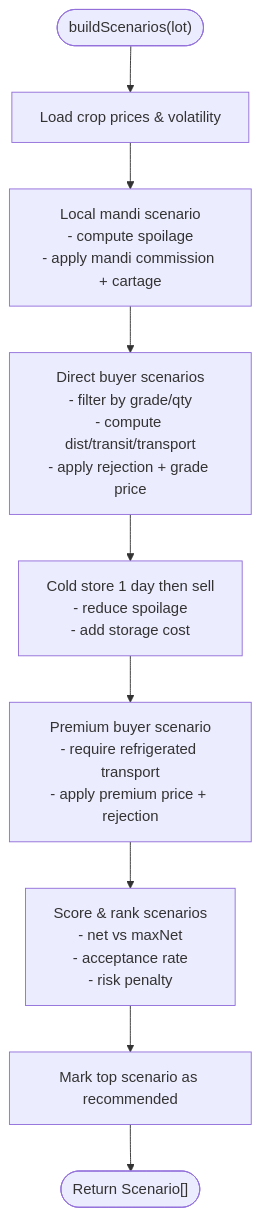
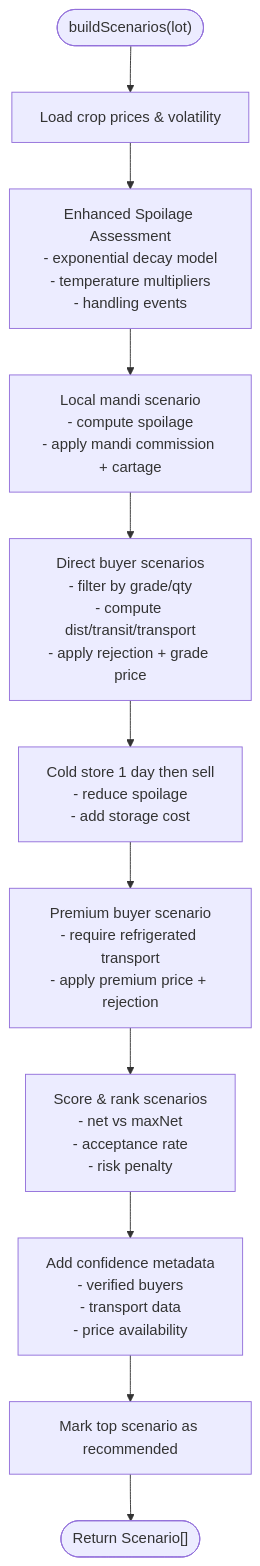
The third of 9 diagrams in .qoder/repowiki/en/content/Architecture Overview/Business Logic Layer.md (MudassarAbrar/FreshRoute-Ai), drawn with Mermaid before and after one commit. The commit also changed other lines of this file and 179 other files, not shown here.

````diff
--- a/.qoder/repowiki/en/content/Architecture Overview/Business Logic Layer.md
+++ b/.qoder/repowiki/en/content/Architecture Overview/Business Logic Layer.md
@@ -159,11 +254,13 @@
 ```mermaid
 flowchart TD
 Start(["buildScenarios(lot)"]) --> Prices["Load crop prices & volatility"]
-Prices --> Local["Local mandi scenario<br/>- compute spoilage<br/>- apply mandi commission + cartage"]
+Prices --> Spoilage["Enhanced Spoilage Assessment<br/>- exponential decay model<br/>- temperature multipliers<br/>- handling events"]
+Spoilage --> Local["Local mandi scenario<br/>- compute spoilage<br/>- apply mandi commission + cartage"]
 Local --> Direct["Direct buyer scenarios<br/>- filter by grade/qty<br/>- compute dist/transit/transport<br/>- apply rejection + grade price"]
 Direct --> Store["Cold store 1 day then sell<br/>- reduce spoilage<br/>- add storage cost"]
 Store --> Premium["Premium buyer scenario<br/>- require refrigerated transport<br/>- apply premium price + rejection"]
 Premium --> Score["Score & rank scenarios<br/>- net vs maxNet<br/>- acceptance rate<br/>- risk penalty"]
-Score --> Recommend["Mark top scenario as recommended"]
+Score --> Confidence["Add confidence metadata<br/>- verified buyers<br/>- transport data<br/>- price availability"]
+Confidence --> Recommend["Mark top scenario as recommended"]
 Recommend --> End(["Return Scenario[]"])
 ```
````
